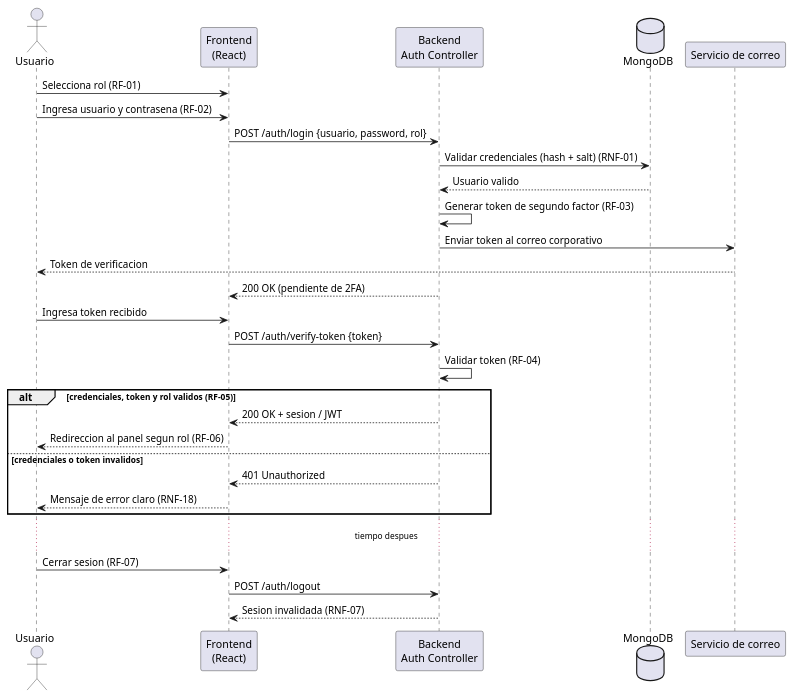
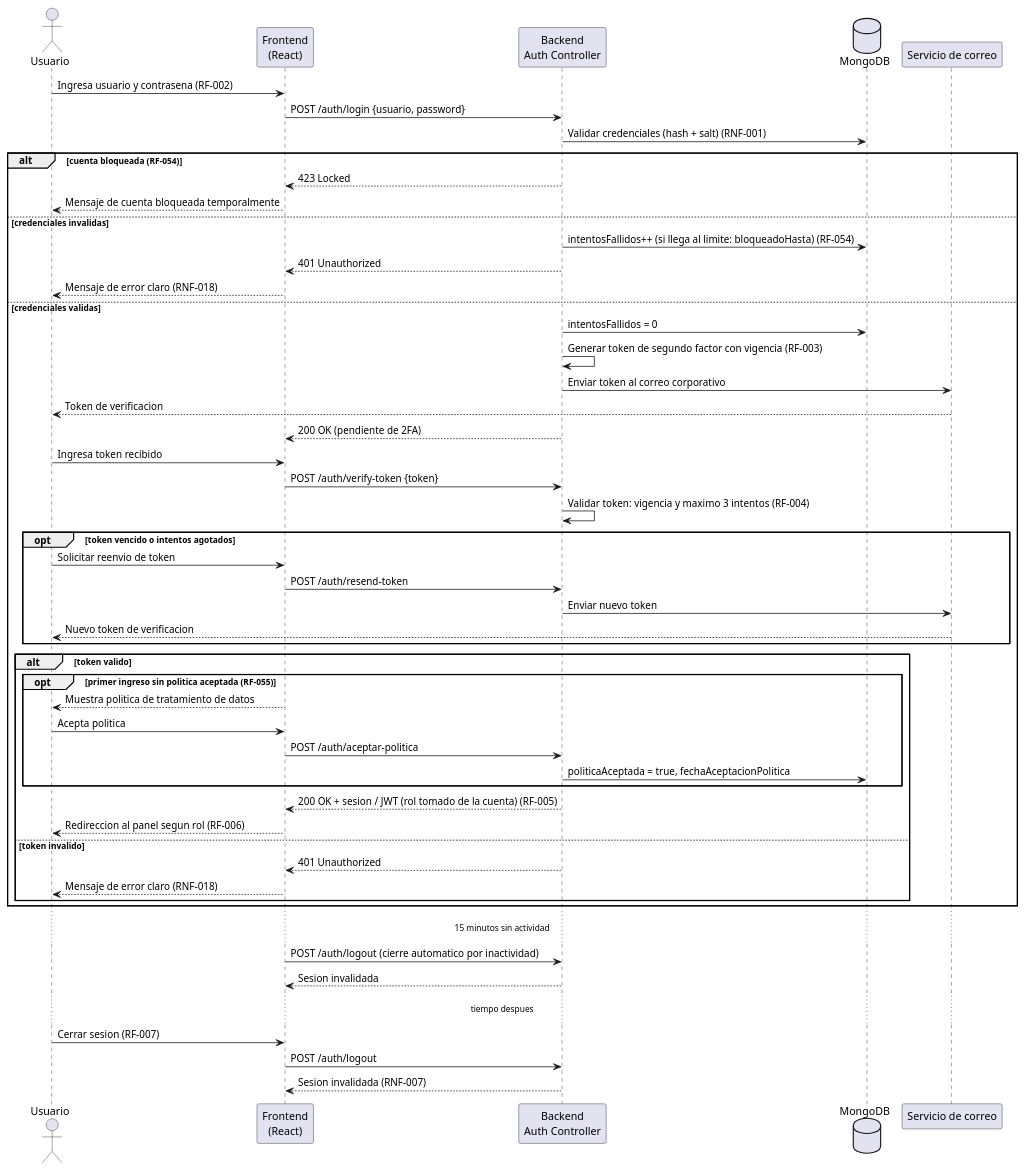
The diagram in docs/uml/04-secuencia-autenticacion.puml (swummen/Blockchain_Contratos), drawn with PlantUML before and after one commit.

Commit message:
Revise authentication sequence diagram details
Updated authentication sequence diagram with improved token handling and error messages.

```diff
--- a/docs/uml/04-secuencia-autenticacion.puml
+++ b/docs/uml/04-secuencia-autenticacion.puml
@@ -1,34 +1,60 @@
 @startuml 04-secuencia-autenticacion
 actor Usuario
 participant "Frontend\n(React)" as FE
 participant "Backend\nAuth Controller" as BE
 database "MongoDB" as DB
 participant "Servicio de correo" as Mail
 
-Usuario -> FE : Selecciona rol (RF-01)
-Usuario -> FE : Ingresa usuario y contrasena (RF-02)
-FE -> BE : POST /auth/login {usuario, password, rol}
-BE -> DB : Validar credenciales (hash + salt) (RNF-01)
-DB --> BE : Usuario valido
-BE -> BE : Generar token de segundo factor (RF-03)
-BE -> Mail : Enviar token al correo corporativo
-Mail --> Usuario : Token de verificacion
-BE --> FE : 200 OK (pendiente de 2FA)
+Usuario -> FE : Ingresa usuario y contrasena (RF-002)
+FE -> BE : POST /auth/login {usuario, password}
+BE -> DB : Validar credenciales (hash + salt) (RNF-001)
 
-Usuario -> FE : Ingresa token recibido
-FE -> BE : POST /auth/verify-token {token}
-BE -> BE : Validar token (RF-04)
+alt cuenta bloqueada (RF-054)
+    BE --> FE : 423 Locked
+    FE --> Usuario : Mensaje de cuenta bloqueada temporalmente
+else credenciales invalidas
+    BE -> DB : intentosFallidos++ (si llega al limite: bloqueadoHasta) (RF-054)
+    BE --> FE : 401 Unauthorized
+    FE --> Usuario : Mensaje de error claro (RNF-018)
+else credenciales validas
+    BE -> DB : intentosFallidos = 0
+    BE -> BE : Generar token de segundo factor con vigencia (RF-003)
+    BE -> Mail : Enviar token al correo corporativo
+    Mail --> Usuario : Token de verificacion
+    BE --> FE : 200 OK (pendiente de 2FA)
 
-alt credenciales, token y rol validos (RF-05)
-    BE --> FE : 200 OK + sesion / JWT
-    FE --> Usuario : Redireccion al panel segun rol (RF-06)
-else credenciales o token invalidos
-    BE --> FE : 401 Unauthorized
-    FE --> Usuario : Mensaje de error claro (RNF-18)
+    Usuario -> FE : Ingresa token recibido
+    FE -> BE : POST /auth/verify-token {token}
+    BE -> BE : Validar token: vigencia y maximo 3 intentos (RF-004)
+
+    opt token vencido o intentos agotados
+        Usuario -> FE : Solicitar reenvio de token
+        FE -> BE : POST /auth/resend-token
+        BE -> Mail : Enviar nuevo token
+        Mail --> Usuario : Nuevo token de verificacion
+    end
+
+    alt token valido
+        opt primer ingreso sin politica aceptada (RF-055)
+            FE --> Usuario : Muestra politica de tratamiento de datos
+            Usuario -> FE : Acepta politica
+            FE -> BE : POST /auth/aceptar-politica
+            BE -> DB : politicaAceptada = true, fechaAceptacionPolitica
+        end
+        BE --> FE : 200 OK + sesion / JWT (rol tomado de la cuenta) (RF-005)
+        FE --> Usuario : Redireccion al panel segun rol (RF-006)
+    else token invalido
+        BE --> FE : 401 Unauthorized
+        FE --> Usuario : Mensaje de error claro (RNF-018)
+    end
 end
 
+...15 minutos sin actividad...
+FE -> BE : POST /auth/logout (cierre automatico por inactividad)
+BE --> FE : Sesion invalidada
+
 ...tiempo despues...
-Usuario -> FE : Cerrar sesion (RF-07)
+Usuario -> FE : Cerrar sesion (RF-007)
 FE -> BE : POST /auth/logout
-BE --> FE : Sesion invalidada (RNF-07)
+BE --> FE : Sesion invalidada (RNF-007)
 @enduml
```
